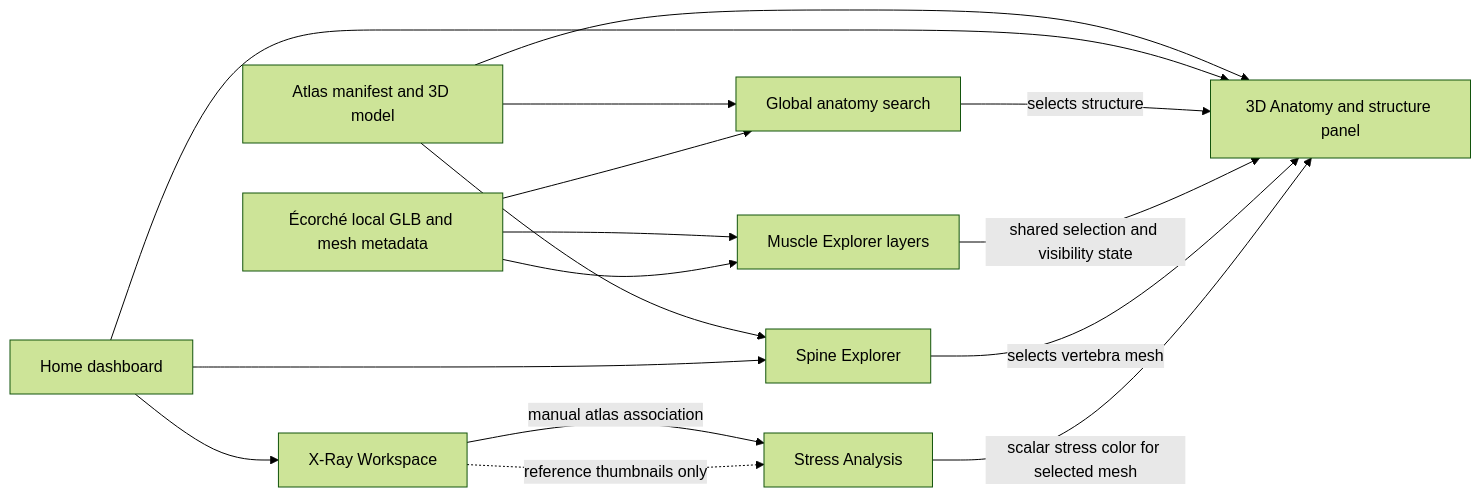
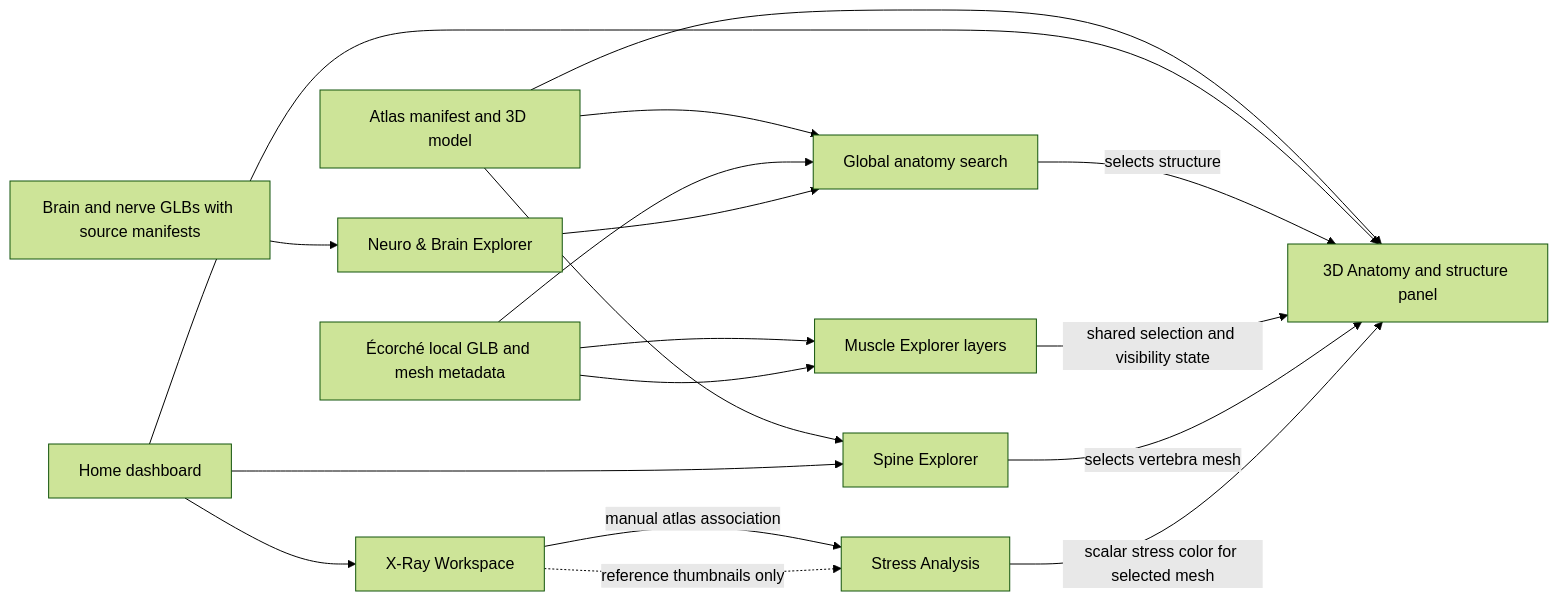
One commit to spixcy/BoneVista changed the diagram in README.md. Above: the diagram before and after it, drawn with Mermaid (forest theme). The commit also changed other lines of this file and 36 other files, not shown here.

Commit message:
Add licensed Neuro and Brain Explorer meshes

````diff
--- a/README.md
+++ b/README.md
@@ -68,18 +71,20 @@
 ```mermaid
 flowchart LR
   Atlas[Atlas manifest and 3D model] --> Search[Global anatomy search]
   Atlas --> Viewer[3D Anatomy and structure panel]
   MuscleAtlas[Écorché local GLB and mesh metadata] --> Muscle[Muscle Explorer layers]
   MuscleAtlas --> Search
+  NeuroModels[Brain and nerve GLBs with source manifests] --> Neuro[Neuro & Brain Explorer]
+  Neuro --> Search
   MuscleAtlas --> Muscle
   Atlas --> Spine[Spine Explorer]
   Dashboard[Home dashboard] --> Viewer
   Dashboard --> Spine
   Dashboard --> Xray[X-Ray Workspace]
   Search -->|selects structure| Viewer
   Muscle -->|shared selection and visibility state| Viewer
   Spine -->|selects vertebra mesh| Viewer
   Xray -->|manual atlas association| Stress[Stress Analysis]
   Stress -->|scalar stress color for selected mesh| Viewer
   Xray -.->|reference thumbnails only| Stress
 ```
````
